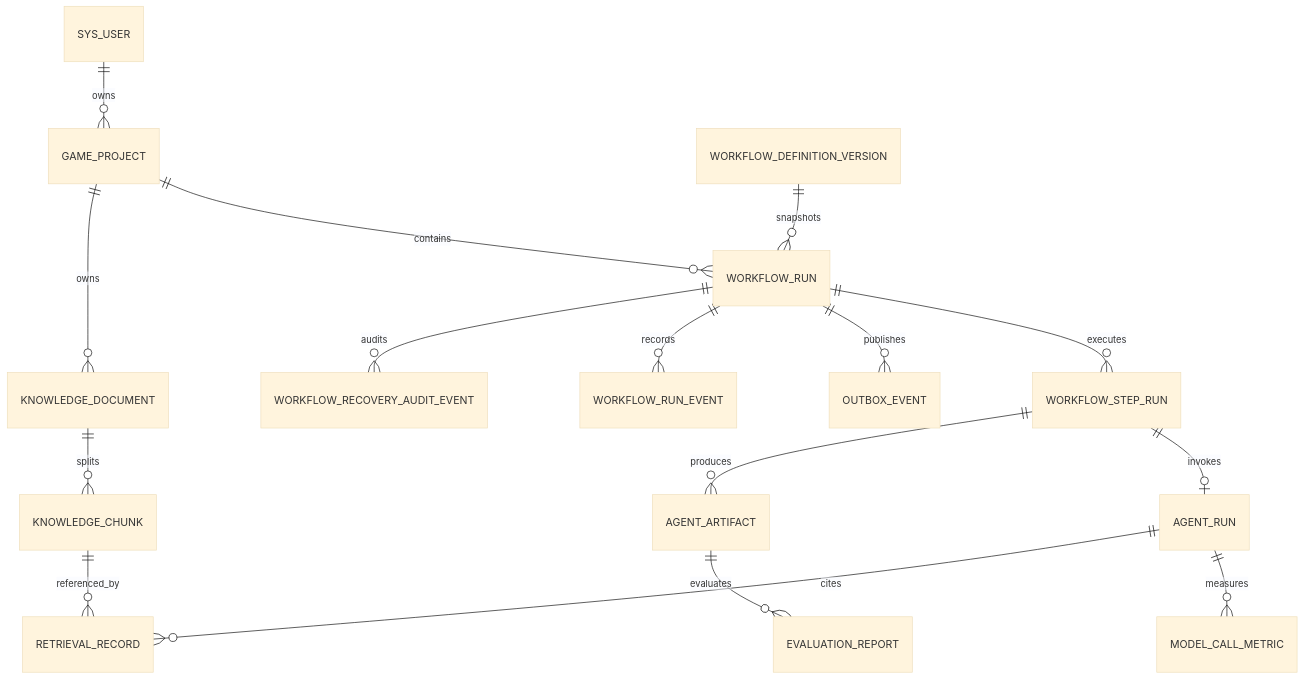
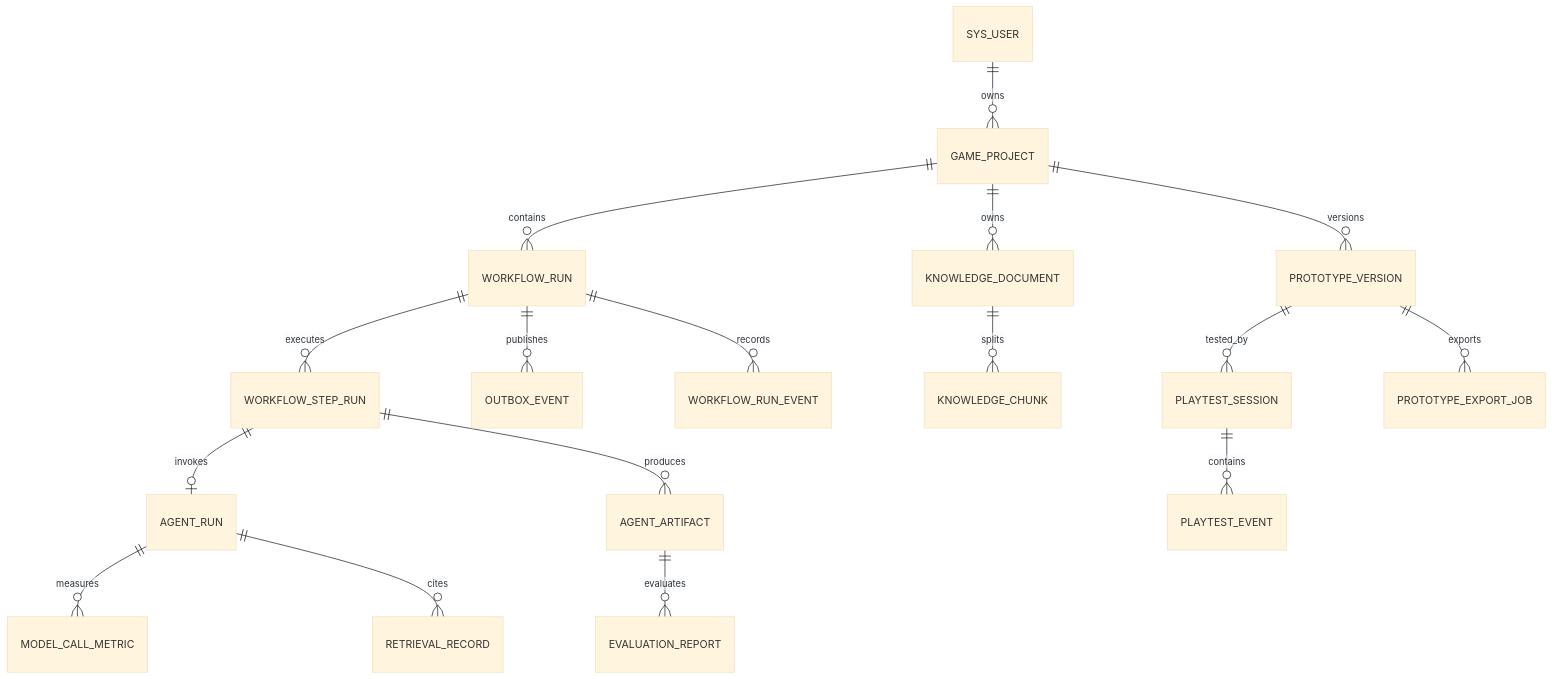
Before and after one commit to 1617-sys/GameDev-Agent-Workbench: the fifth of 5 diagrams in docs/architecture/system-architecture.md, drawn with Mermaid (base theme). The commit also changed other lines of this file and 10 other files, not shown here.

````diff
--- a/docs/architecture/system-architecture.md
+++ b/docs/architecture/system-architecture.md
@@ -141,18 +173,19 @@
 ```mermaid
 erDiagram
     SYS_USER ||--o{ GAME_PROJECT : owns
     GAME_PROJECT ||--o{ WORKFLOW_RUN : contains
-    WORKFLOW_DEFINITION_VERSION ||--o{ WORKFLOW_RUN : snapshots
     WORKFLOW_RUN ||--o{ WORKFLOW_STEP_RUN : executes
     WORKFLOW_RUN ||--o{ OUTBOX_EVENT : publishes
     WORKFLOW_RUN ||--o{ WORKFLOW_RUN_EVENT : records
     WORKFLOW_STEP_RUN ||--o| AGENT_RUN : invokes
     AGENT_RUN ||--o{ MODEL_CALL_METRIC : measures
     WORKFLOW_STEP_RUN ||--o{ AGENT_ARTIFACT : produces
     AGENT_ARTIFACT ||--o{ EVALUATION_REPORT : evaluates
     GAME_PROJECT ||--o{ KNOWLEDGE_DOCUMENT : owns
     KNOWLEDGE_DOCUMENT ||--o{ KNOWLEDGE_CHUNK : splits
     AGENT_RUN ||--o{ RETRIEVAL_RECORD : cites
-    KNOWLEDGE_CHUNK ||--o{ RETRIEVAL_RECORD : referenced_by
-    WORKFLOW_RUN ||--o{ WORKFLOW_RECOVERY_AUDIT_EVENT : audits
+    GAME_PROJECT ||--o{ PROTOTYPE_VERSION : versions
+    PROTOTYPE_VERSION ||--o{ PLAYTEST_SESSION : tested_by
+    PLAYTEST_SESSION ||--o{ PLAYTEST_EVENT : contains
+    PROTOTYPE_VERSION ||--o{ PROTOTYPE_EXPORT_JOB : exports
 ```
````
